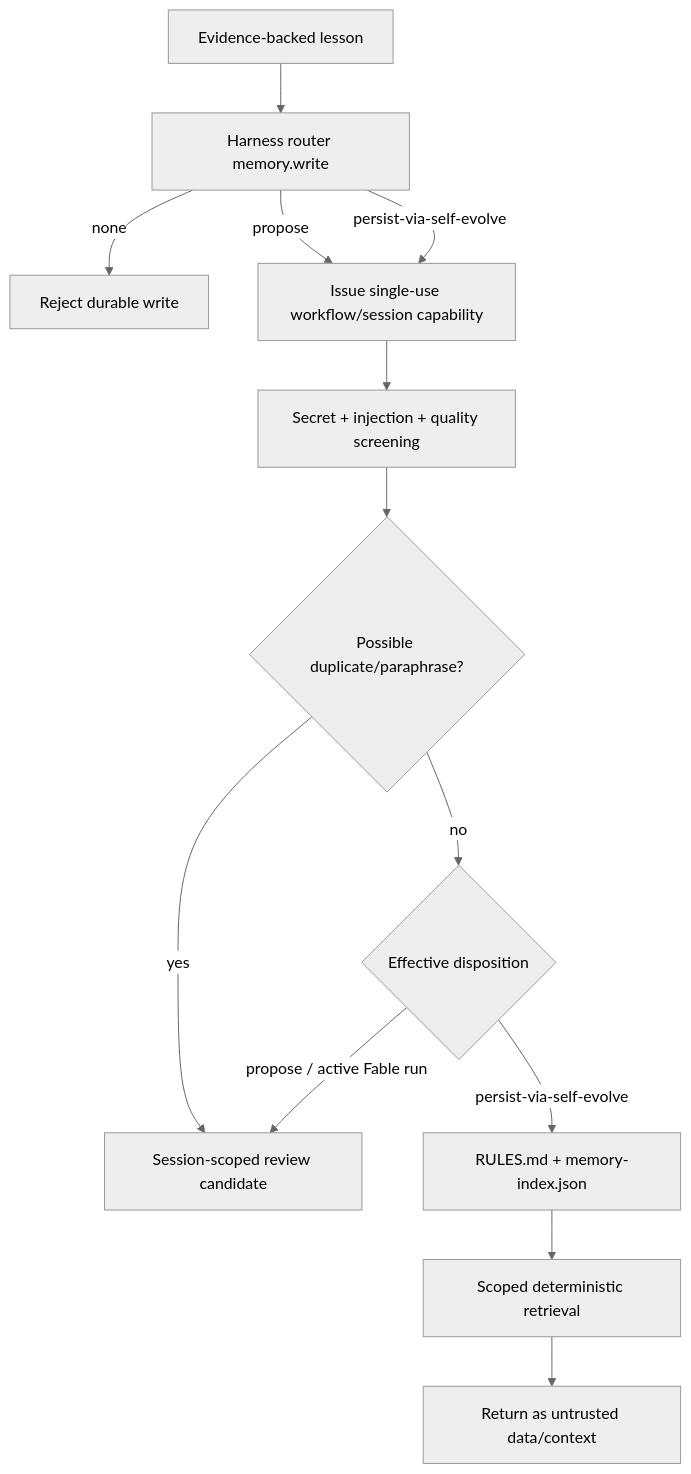
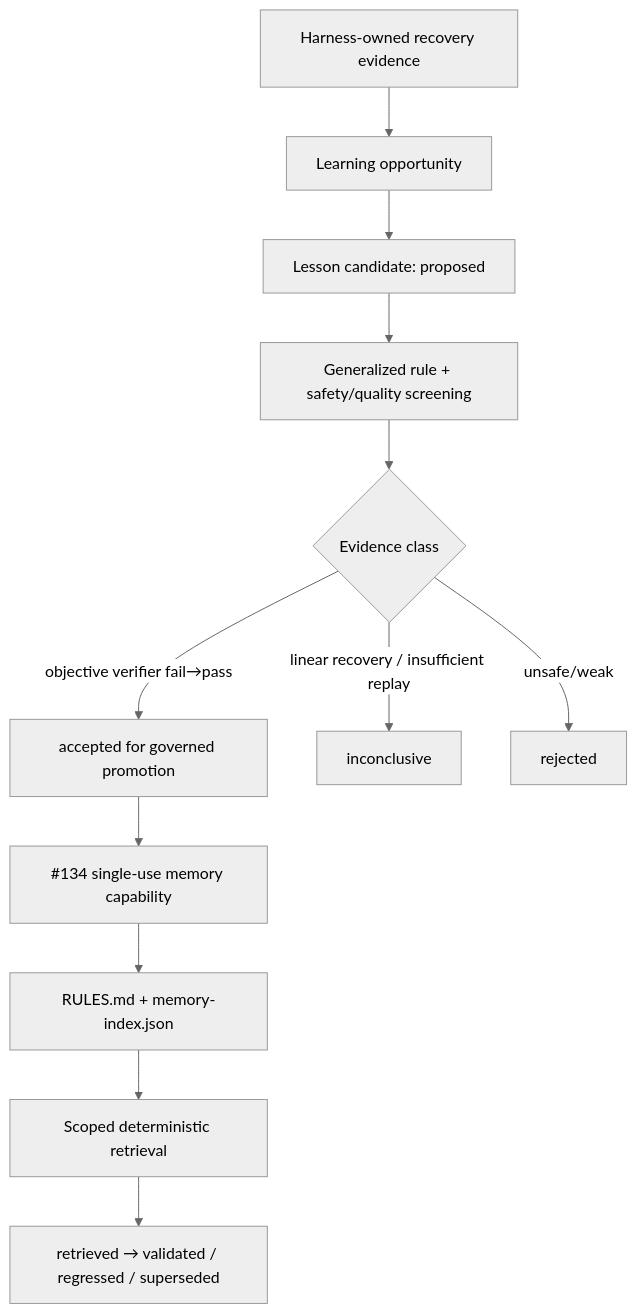
The diagram in self-evolve/references/memory-resolution.md (dyphn1/Harness-everything), drawn with Mermaid (neutral theme) before and after one commit. The commit also changed other lines of this file, not shown here.

Commit message:
docs(self-evolve): define closed-loop candidate lifecycle

````diff
--- a/self-evolve/references/memory-resolution.md
+++ b/self-evolve/references/memory-resolution.md
@@ -17,15 +17,14 @@
 ```mermaid
 flowchart TD
-    Start[Evidence-backed lesson] --> Route[Harness router memory.write]
-    Route -->|none| Reject[Reject durable write]
-    Route -->|propose| Capability[Issue single-use workflow/session capability]
-    Route -->|persist-via-self-evolve| Capability
-    Capability --> Screen[Secret + injection + quality screening]
-    Screen --> Similarity{Possible duplicate/paraphrase?}
-    Similarity -->|yes| Candidate[Session-scoped review candidate]
-    Similarity -->|no| Disposition{Effective disposition}
-    Disposition -->|propose / active Fable run| Candidate
-    Disposition -->|persist-via-self-evolve| Durable[RULES.md + memory-index.json]
+    Runtime[Harness-owned recovery evidence] --> Opportunity[Learning opportunity]
+    Opportunity --> Candidate[Lesson candidate: proposed]
+    Candidate --> Screen[Generalized rule + safety/quality screening]
+    Screen --> Eval{Evidence class}
+    Eval -->|objective verifier fail→pass| Accepted[accepted for governed promotion]
+    Eval -->|linear recovery / insufficient replay| Hold[inconclusive]
+    Eval -->|unsafe/weak| Reject[rejected]
+    Accepted --> Auth[#134 single-use memory capability]
+    Auth --> Durable[RULES.md + memory-index.json]
     Durable --> Retrieve[Scoped deterministic retrieval]
-    Retrieve --> Untrusted[Return as untrusted data/context]
+    Retrieve --> Outcome[retrieved → validated / regressed / superseded]
 ```
````
